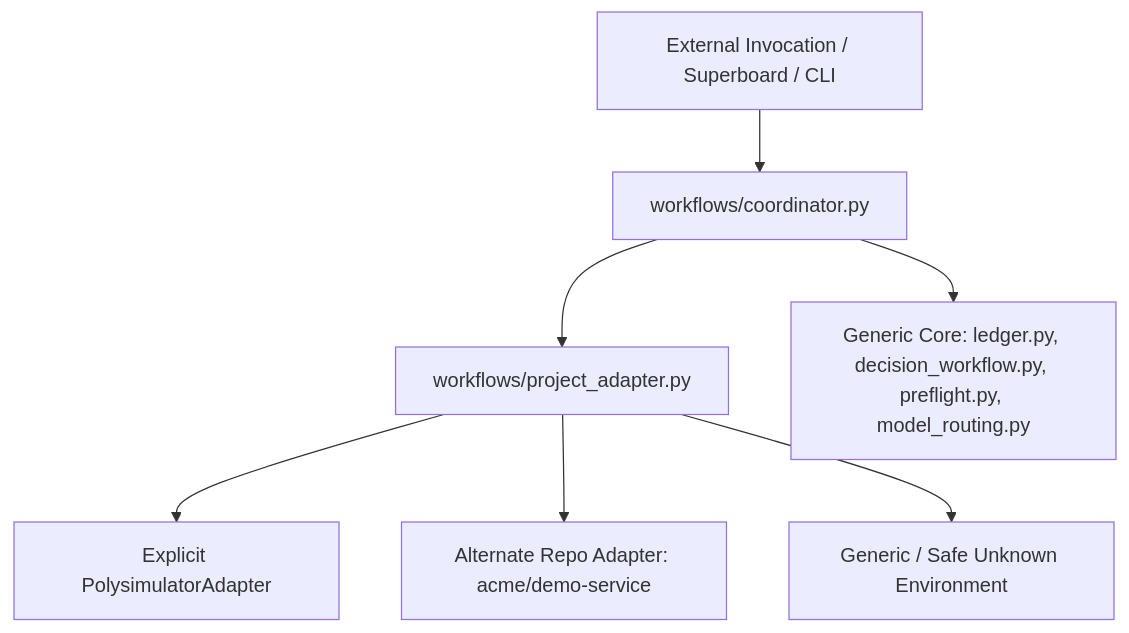
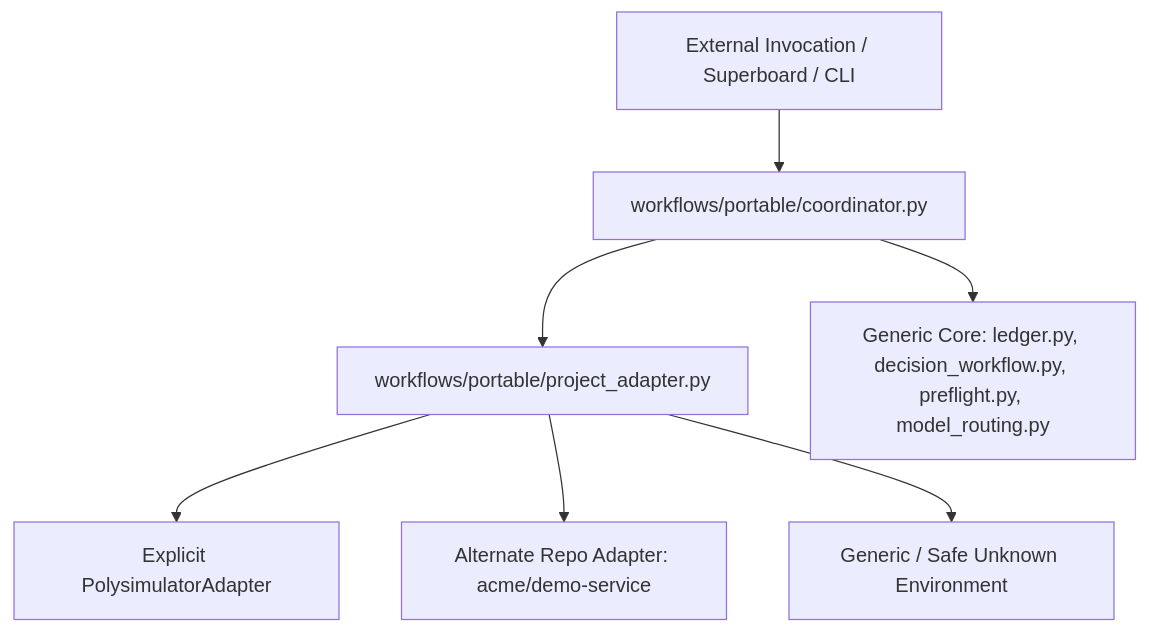
The first of 2 diagrams in workflows/portable/PORTABLE.md (Wladefant/super-board), drawn with Mermaid before and after one commit. The commit also changed other lines of this file and 2 other files, not shown here.

First line of the commit message:
docs(portable): align documentation with native background execution and stdlib export

````diff
--- a/workflows/portable/PORTABLE.md
+++ b/workflows/portable/PORTABLE.md
@@ -372,9 +358,9 @@
 ```mermaid
 graph TD
-    A[External Invocation / Superboard / CLI] --> B[workflows/coordinator.py]
-    B --> C[workflows/project_adapter.py]
+    A[External Invocation / Superboard / CLI] --> B[workflows/portable/coordinator.py]
+    B --> C[workflows/portable/project_adapter.py]
     C --> D[Explicit PolysimulatorAdapter]
     C --> E[Alternate Repo Adapter: acme/demo-service]
     C --> F[Generic / Safe Unknown Environment]
     B --> G[Generic Core: ledger.py, decision_workflow.py, preflight.py, model_routing.py]
 ```
````
